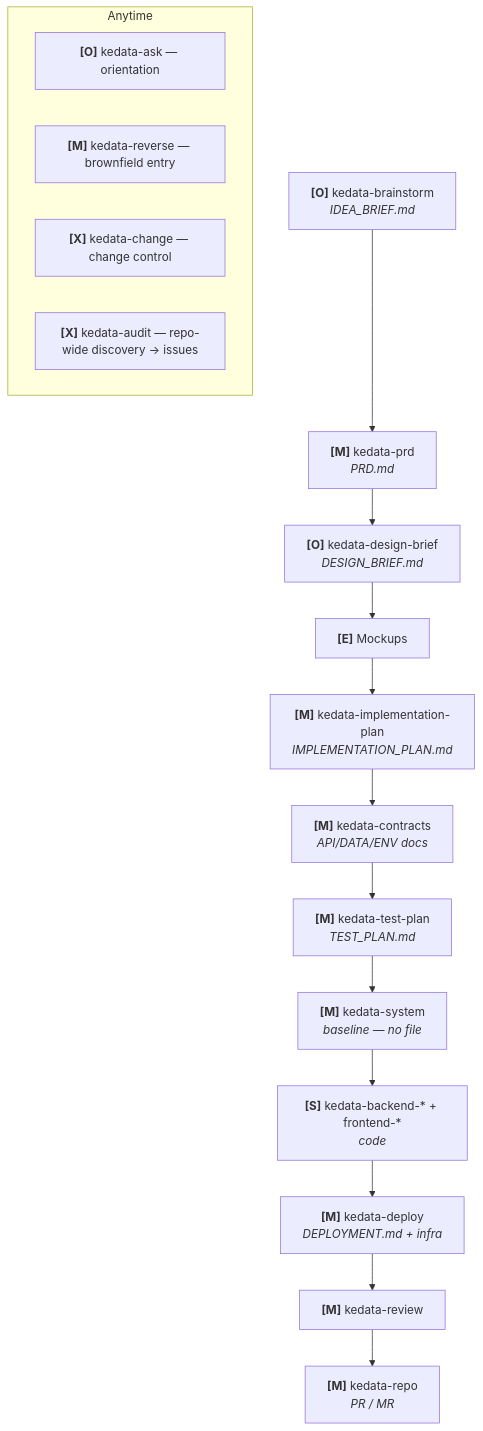
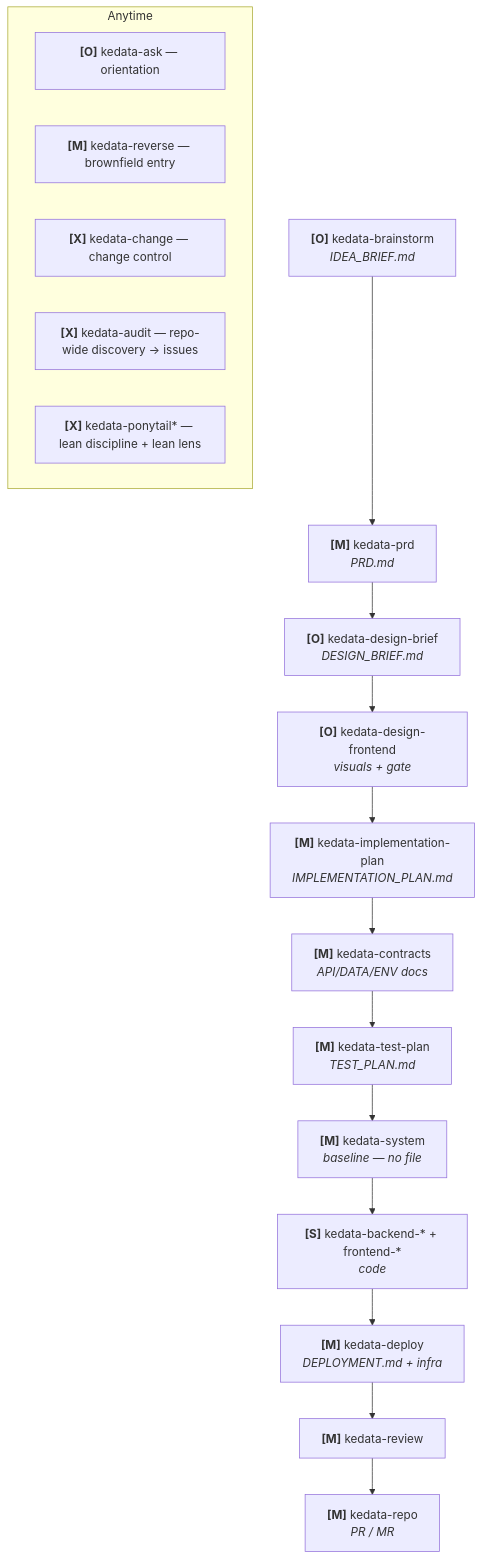
Before and after one commit to Kedata-Indonesia/vibeskills: diagram 13 of 13 in PIPELINE_GUIDE.md, drawn with Mermaid. The commit also changed other lines of this file and 59 other files, not shown here.

First line of the commit message:
feat(skills): vendor kedata-design-frontend and the kedata-ponytail family

````diff
--- a/PIPELINE_GUIDE.md
+++ b/PIPELINE_GUIDE.md
@@ -405,21 +414,22 @@
 ```mermaid
 flowchart TD
     A["<b>[O]</b> kedata-brainstorm<br/><i>IDEA_BRIEF.md</i>"] --> B["<b>[M]</b> kedata-prd<br/><i>PRD.md</i>"]
     B --> C["<b>[O]</b> kedata-design-brief<br/><i>DESIGN_BRIEF.md</i>"]
-    C --> D["<b>[E]</b> Mockups"]
+    C --> D["<b>[O]</b> kedata-design-frontend<br/><i>visuals + gate</i>"]
     D --> E["<b>[M]</b> kedata-implementation-plan<br/><i>IMPLEMENTATION_PLAN.md</i>"]
     E --> F["<b>[M]</b> kedata-contracts<br/><i>API/DATA/ENV docs</i>"]
     F --> T["<b>[M]</b> kedata-test-plan<br/><i>TEST_PLAN.md</i>"]
     T --> G["<b>[M]</b> kedata-system<br/><i>baseline — no file</i>"]
     G --> H["<b>[S]</b> kedata-backend-* + frontend-*<br/><i>code</i>"]
     H --> DP["<b>[M]</b> kedata-deploy<br/><i>DEPLOYMENT.md + infra</i>"]
     DP --> I["<b>[M]</b> kedata-review"]
     I --> J["<b>[M]</b> kedata-repo<br/><i>PR / MR</i>"]
 
     subgraph "Anytime"
         ASK["<b>[O]</b> kedata-ask — orientation"]
         RVS["<b>[M]</b> kedata-reverse — brownfield entry"]
         CHG["<b>[X]</b> kedata-change — change control"]
         AUD["<b>[X]</b> kedata-audit — repo-wide discovery → issues"]
+        PONY["<b>[X]</b> kedata-ponytail* — lean discipline + lean lens"]
     end
 ```
````
